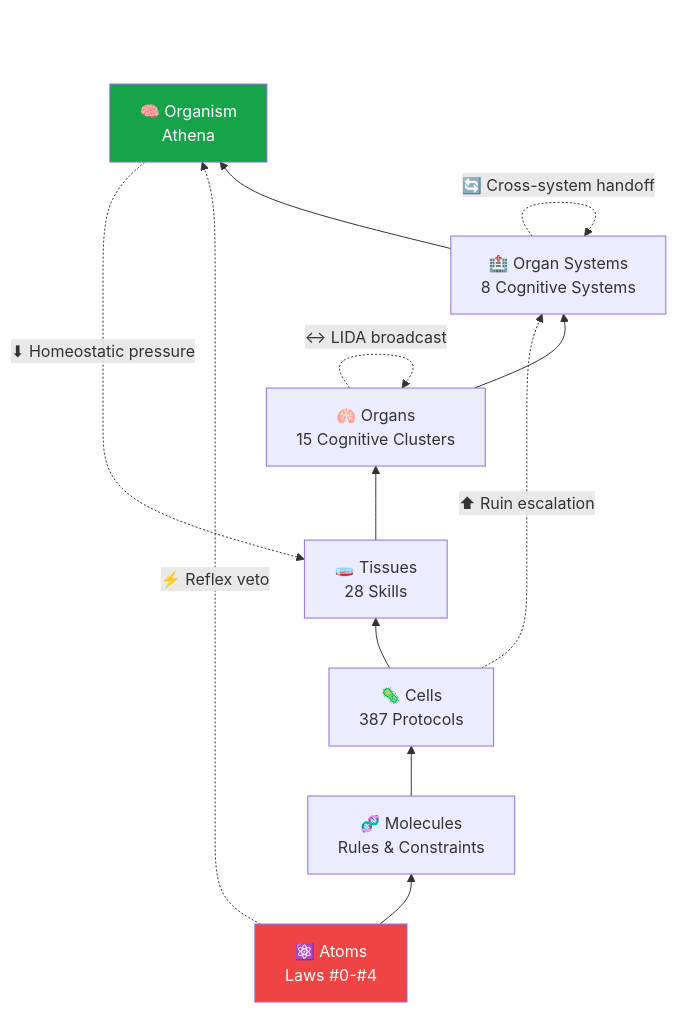
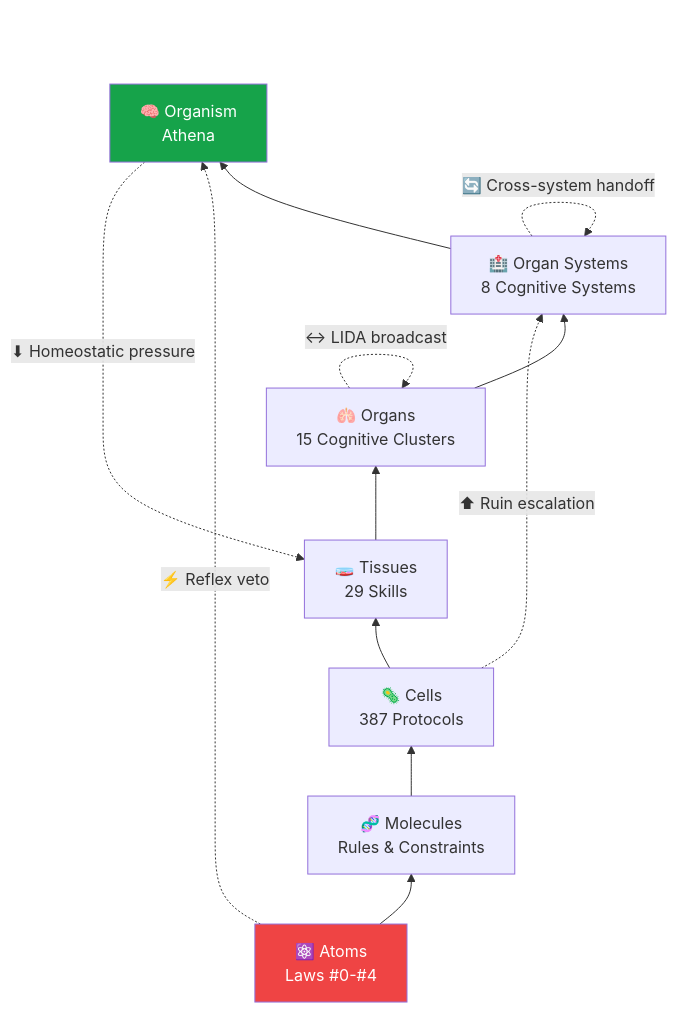
One commit to agent-memory-atlas-archive/winstonkoh87--Athena-Public changed the second of 9 diagrams in docs/ARCHITECTURE.md. Above: the diagram before and after it, drawn with Mermaid. The commit also changed other lines of this file and 5 other files, not shown here.

````diff
--- a/docs/ARCHITECTURE.md
+++ b/docs/ARCHITECTURE.md
@@ -184,19 +184,19 @@
 ```mermaid
 graph BT
     L1["⚛️ Atoms<br/>Laws #0-#4"] --> L2["🧬 Molecules<br/>Rules & Constraints"]
     L2 --> L3["🦠 Cells<br/>387 Protocols"]
-    L3 --> L4["🧫 Tissues<br/>28 Skills"]
+    L3 --> L4["🧫 Tissues<br/>29 Skills"]
     L4 --> L5["🫁 Organs<br/>15 Cognitive Clusters"]
     L5 --> L6["🏥 Organ Systems<br/>8 Cognitive Systems"]
     L6 --> L7["🧠 Organism<br/>Athena"]
 
     %% Non-linear connections (the mesh)
     L1 -.->|"⚡ Reflex veto"| L7
     L5 -.->|"↔ LIDA broadcast"| L5
     L6 -.->|"🔄 Cross-system handoff"| L6
     L7 -.->|"⬇ Homeostatic pressure"| L4
     L3 -.->|"⬆ Ruin escalation"| L6
 
     style L1 fill:#ef4444,color:#fff
     style L7 fill:#16a34a,color:#fff
 ```
````
